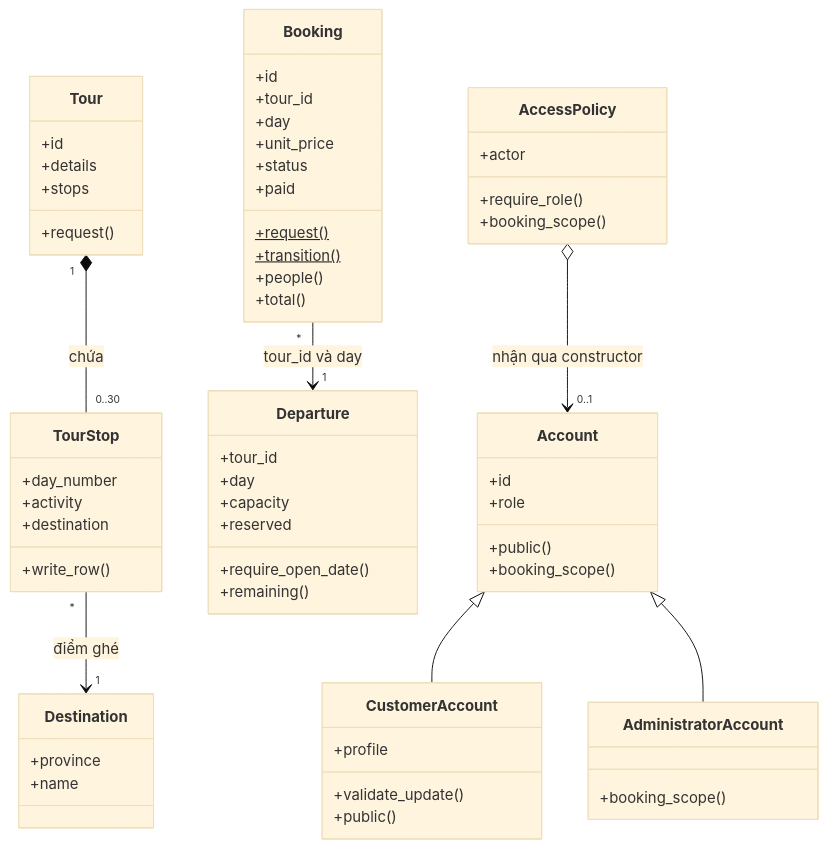
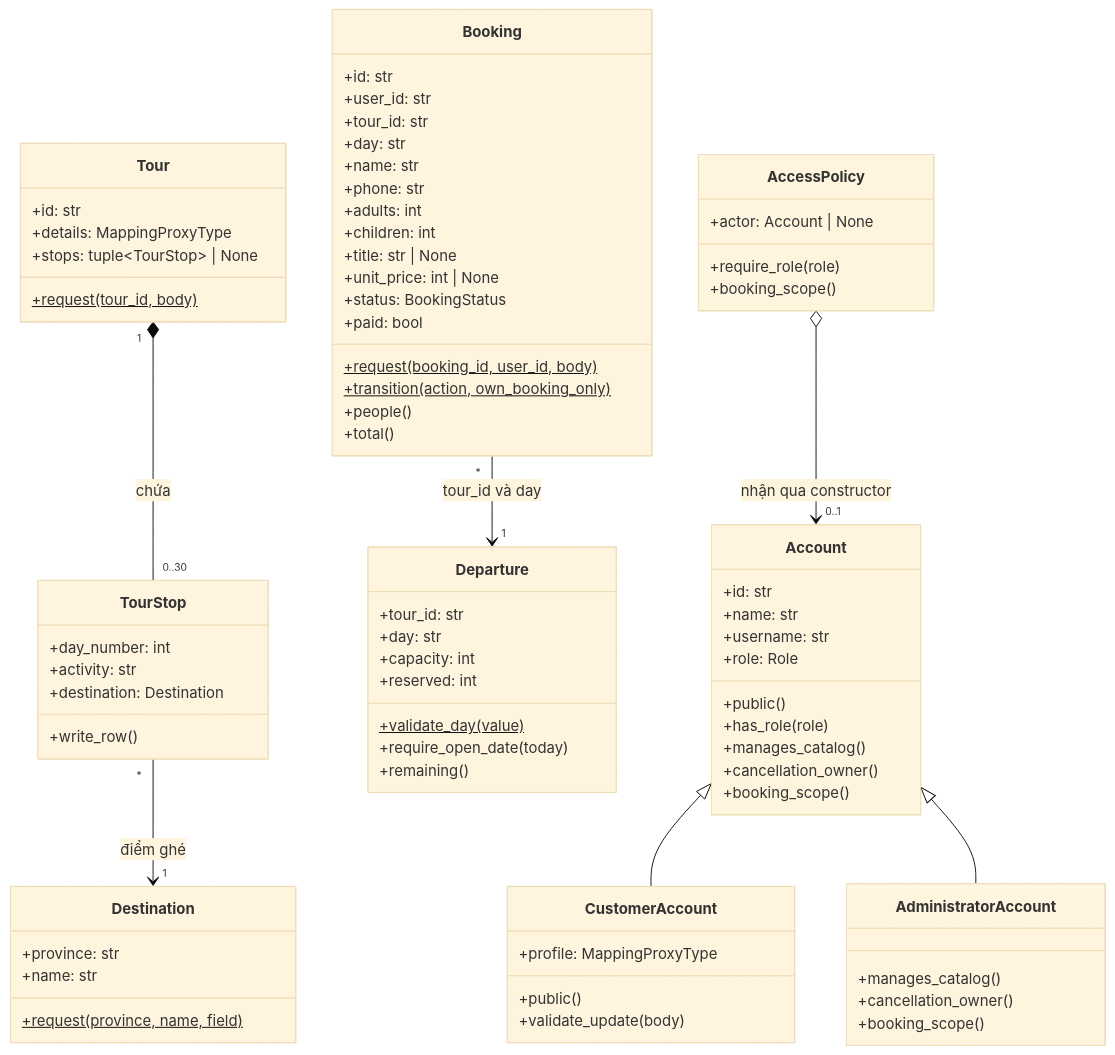
One commit to dqming1876/OOP_TourManager changed the first of 2 diagrams in docs/checklist-4.1.md. Above: the diagram before and after it, drawn with Mermaid (base theme). The commit also changed other lines of this file and 39 other files, not shown here.

````diff
--- a/docs/checklist-4.1.md
+++ b/docs/checklist-4.1.md
@@ -5,65 +5,80 @@
 ```mermaid
 classDiagram
     direction TB
     class Tour {
-        +id
-        +details
-        +stops
-        +request()
+        +id: str
+        +details: MappingProxyType
+        +stops: tuple~TourStop~ | None
+        +request(tour_id, body)$
     }
     class TourStop {
-        +day_number
-        +activity
-        +destination
+        +day_number: int
+        +activity: str
+        +destination: Destination
         +write_row()
     }
     class Destination {
-        +province
-        +name
+        +province: str
+        +name: str
+        +request(province, name, field)$
     }
     class Booking {
-        +id
-        +tour_id
-        +day
-        +unit_price
-        +status
-        +paid
-        +request()$
-        +transition()$
+        +id: str
+        +user_id: str
+        +tour_id: str
+        +day: str
+        +name: str
+        +phone: str
+        +adults: int
+        +children: int
+        +title: str | None
+        +unit_price: int | None
+        +status: BookingStatus
+        +paid: bool
+        +request(booking_id, user_id, body)$
+        +transition(action, own_booking_only)$
         +people()
         +total()
     }
     class Departure {
-        +tour_id
-        +day
-        +capacity
-        +reserved
-        +require_open_date()
+        +tour_id: str
+        +day: str
+        +capacity: int
+        +reserved: int
+        +validate_day(value)$
+        +require_open_date(today)
         +remaining()
     }
     class Account {
-        +id
-        +role
+        +id: str
+        +name: str
+        +username: str
+        +role: Role
         +public()
+        +has_role(role)
+        +manages_catalog()
+        +cancellation_owner()
         +booking_scope()
     }
     class CustomerAccount {
-        +profile
-        +validate_update()
+        +profile: MappingProxyType
         +public()
+        +validate_update(body)
     }
     class AdministratorAccount {
+        +manages_catalog()
+        +cancellation_owner()
         +booking_scope()
     }
     class AccessPolicy {
-        +actor
-        +require_role()
+        +actor: Account | None
+        +require_role(role)
         +booking_scope()
     }
     Tour "1" *-- "0..30" TourStop : chứa
     TourStop "*" --> "1" Destination : điểm ghé
     Booking "*" --> "1" Departure : tour_id và day
     Account <|-- CustomerAccount
     Account <|-- AdministratorAccount
     AccessPolicy o--> "0..1" Account : nhận qua constructor
 ```
````
